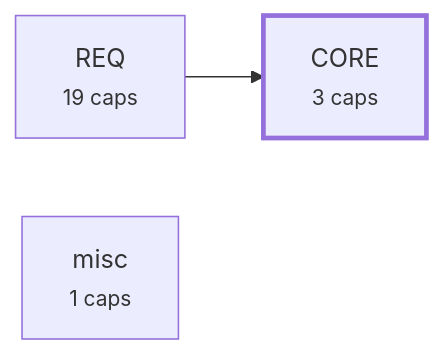
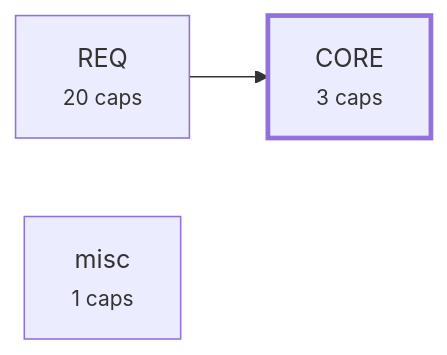
The third of 4 diagrams in plugin/requirements/_map.md (alxmax/Requirement-manager), drawn with Mermaid before and after one commit. The commit also changed other lines of this file and 10 other files, not shown here.

````diff
--- a/plugin/requirements/_map.md
+++ b/plugin/requirements/_map.md
@@ -182,8 +189,8 @@
 ```mermaid
 graph LR
   a_CORE["CORE<br><small>3 caps</small>"]
-  a_REQ["REQ<br><small>19 caps</small>"]
+  a_REQ["REQ<br><small>20 caps</small>"]
   a_misc["misc<br><small>1 caps</small>"]
   a_REQ --> a_CORE
   style a_CORE stroke-width:3px
 ```
````
